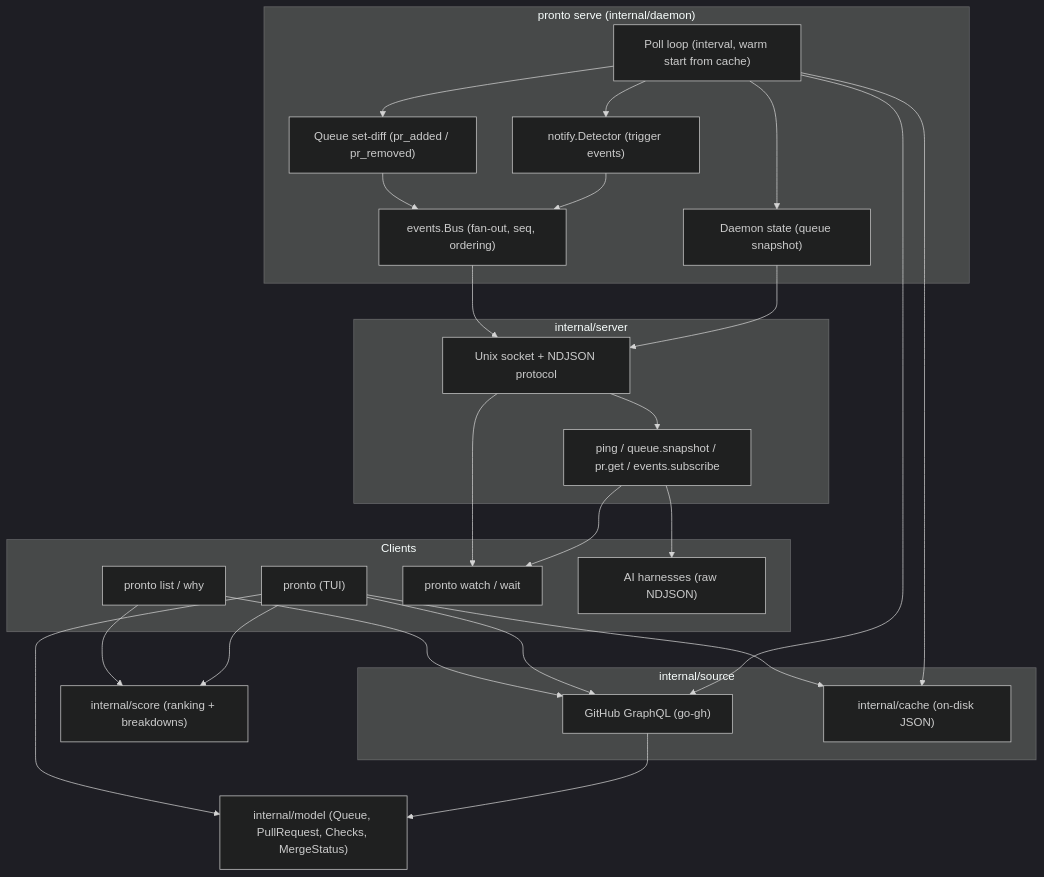
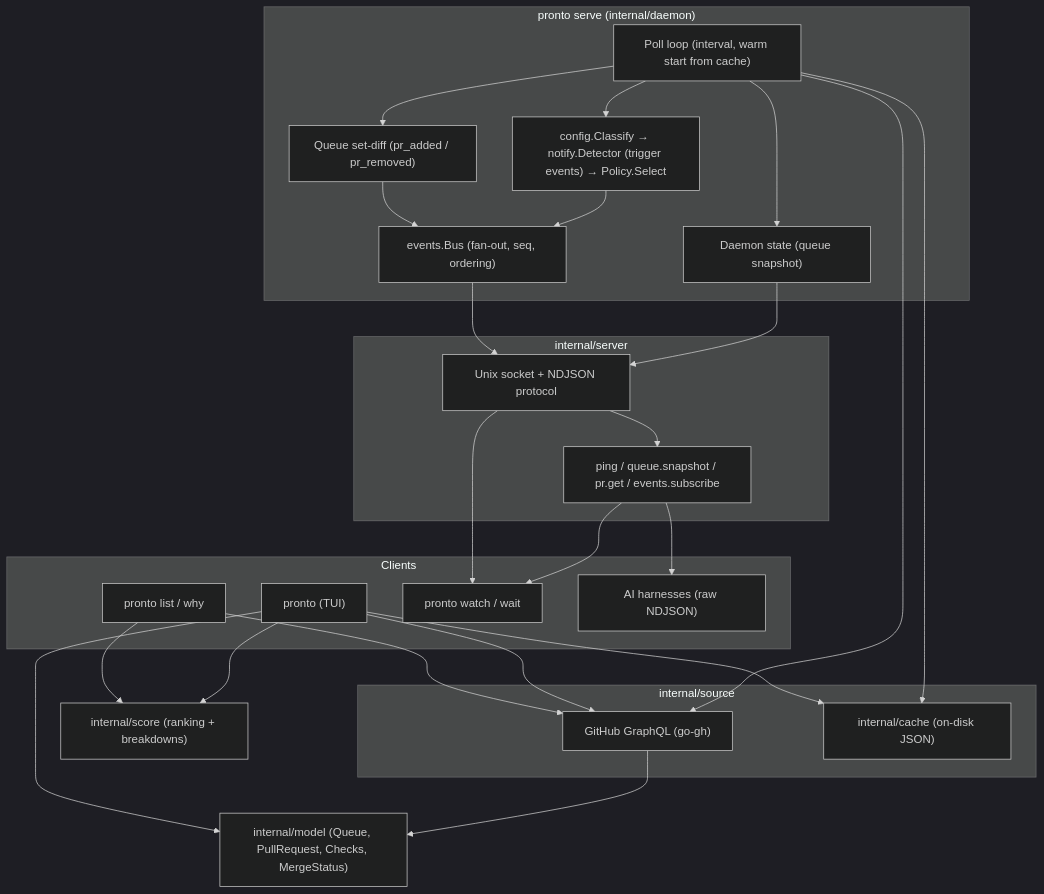
Before and after one commit to kalverra/pronto: the first of 2 diagrams in docs/architecture.md, drawn with Mermaid (dark theme). The commit also changed other lines of this file and 37 other files, not shown here.

````diff
--- a/docs/architecture.md
+++ b/docs/architecture.md
@@ -98,52 +98,52 @@
 ```mermaid
 flowchart TB
     subgraph clients["Clients"]
         tui["pronto (TUI)"]
         cli["pronto list / why"]
         wrappers["pronto watch / wait"]
         agents["AI harnesses (raw NDJSON)"]
     end
 
     subgraph daemonpkg["pronto serve (internal/daemon)"]
         loop["Poll loop (interval, warm start from cache)"]
-        detector["notify.Detector (trigger events)"]
+        detector["config.Classify → notify.Detector (trigger events) → Policy.Select"]
         diff["Queue set-diff (pr_added / pr_removed)"]
         bus["events.Bus (fan-out, seq, ordering)"]
         state["Daemon state (queue snapshot)"]
     end
 
     subgraph serverpkg["internal/server"]
         socket["Unix socket + NDJSON protocol"]
         methods["ping / queue.snapshot / pr.get / events.subscribe"]
     end
 
     subgraph sourcepkg["internal/source"]
         graphql["GitHub GraphQL (go-gh)"]
         cache["internal/cache (on-disk JSON)"]
     end
 
     model["internal/model (Queue, PullRequest, Checks, MergeStatus)"]
     score["internal/score (ranking + breakdowns)"]
 
     loop --> graphql
     loop --> cache
     graphql --> model
     loop --> detector
     loop --> diff
     detector --> bus
     diff --> bus
     loop --> state
     state --> socket
     bus --> socket
     socket --> methods
     methods --> wrappers
     methods --> agents
     socket --> wrappers
 
     tui --> graphql
     tui --> model
     tui --> score
     tui --> cache
     cli --> graphql
     cli --> score
 ```
````
